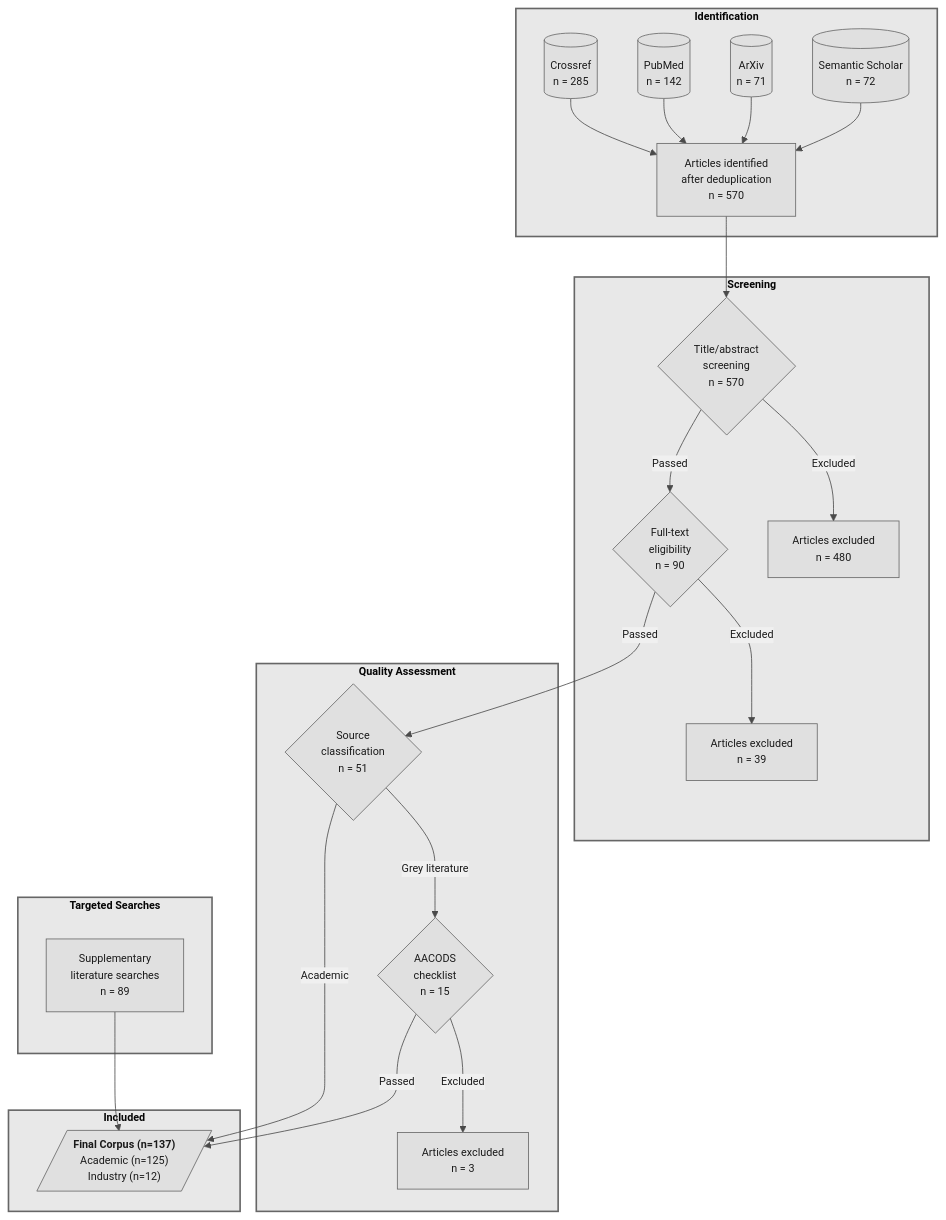
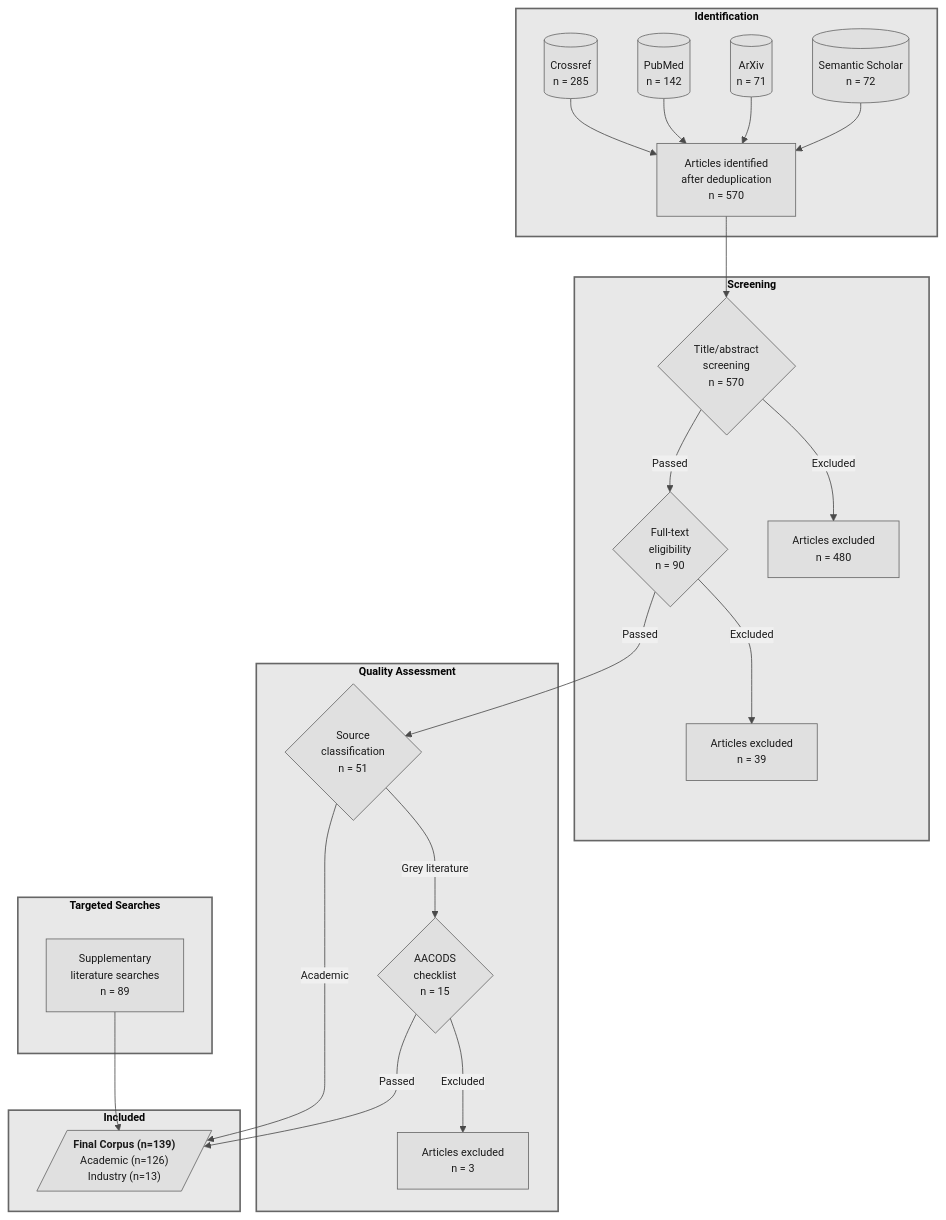
The diagram in figures/literature-flow.mmd (stharrold/yuimedi-paper-20250901), drawn with Mermaid before and after one commit. The commit also changed 2 other files, not shown here.

Commit message:
docs(paper): integrate efficiency metrics and update Figure 3 paper counts

```diff
--- a/figures/literature-flow.mmd
+++ b/figures/literature-flow.mmd
@@ -1,41 +1,41 @@
 %%{init: {'theme': 'base', 'flowchart': {'useMaxWidth': false, 'markdownAutoWrap': false}, 'themeVariables': { 'primaryColor': '#e0e0e0', 'primaryTextColor': '#1a1a1a', 'primaryBorderColor': '#666', 'lineColor': '#4a4a4a', 'secondaryColor': '#f0f0f0', 'tertiaryColor': '#fafafa', 'fontFamily': 'Arial, sans-serif', 'fontSize': '10pt'}}}%%
 flowchart TD
     %% PRISMA 2020 Flow Diagram for Literature Selection
     %% Aligned with lit_review academic-literature-review workflow
     %% Total: 570 identified + 45 targeted → 92 included
     %% Note: Generate PNG via mermaid.live for proper font rendering
 
     subgraph ID["<b>Identification</b>"]
         A1[("Crossref<br/>n = 285")] --> A
         A2[("PubMed<br/>n = 142")] --> A
         A3[("ArXiv<br/>n = 71")] --> A
         A4[("Semantic Scholar<br/>n = 72")] --> A
         A["Articles identified<br/>after deduplication<br/>n = 570"]
     end
 
     subgraph SC["<b>Screening</b>"]
         A --> D{"Title/abstract<br/>screening<br/>n = 570"}
         D -->|"Excluded"| E["Articles excluded<br/>n = 480"]
         D -->|"Passed"| H{"Full-text<br/>eligibility<br/>n = 90"}
         H -->|"Excluded"| I["Articles excluded<br/>n = 39"]
     end
 
     subgraph QA["<b>Quality Assessment</b>"]
         H -->|"Passed"| J{"Source<br/>classification<br/>n = 51"}
         J -->|"Grey literature"| L{"AACODS<br/>checklist<br/>n = 15"}
         L -->|"Excluded"| N["Articles excluded<br/>n = 3"]
     end
 
     subgraph TS["<b>Targeted Searches</b>"]
         T1["Supplementary<br/>literature searches<br/>n = 89"]
     end
 
     subgraph IN["<b>Included</b>"]
-        J -->|"Academic"| Final[/"<b>Final Corpus (n=137)</b><br/>Academic (n=125)<br/>Industry (n=12)"/]
+        J -->|"Academic"| Final[/"<b>Final Corpus (n=139)</b><br/>Academic (n=126)<br/>Industry (n=13)"/]
         L -->|"Passed"| Final
         T1 --> Final
     end
 
     %% Styling - Grayscale
     classDef group fill:#e8e8e8,stroke:#666,stroke-width:2px
     class ID,SC,QA,TS,IN group
```
